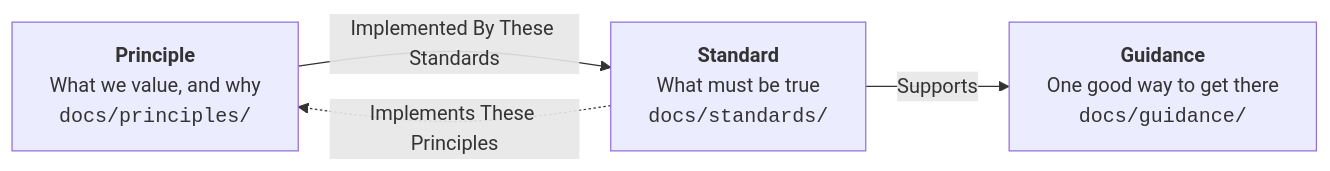
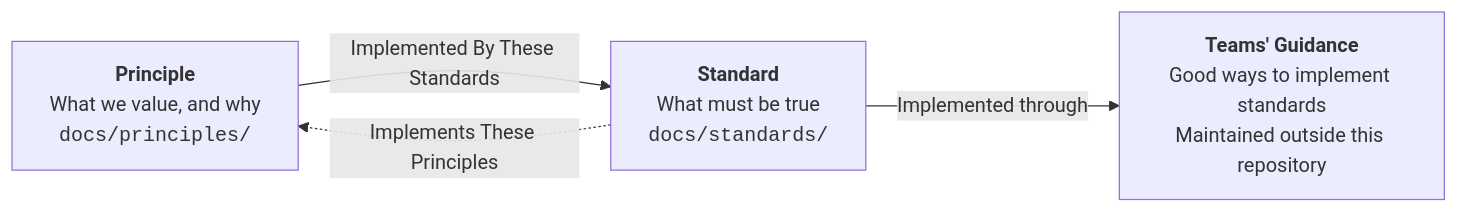
One commit to tewhatuora/dap-engineering-standards changed the diagram in README.md. Above: the diagram before and after it, drawn with Mermaid. The commit also changed other lines of this file and 5 other files, not shown here.

````diff
--- a/README.md
+++ b/README.md
@@ -13,9 +13,9 @@
 ```mermaid
 flowchart LR
     P["<b>Principle</b><br/>What we value, and why<br/><code>docs/principles/</code>"]
     S["<b>Standard</b><br/>What must be true<br/><code>docs/standards/</code>"]
-    G["<b>Guidance</b><br/>One good way to get there<br/><code>docs/guidance/</code>"]
+    G["<b>Teams' Guidance</b><br/>Good ways to implement standards<br/>Maintained outside this repository"]
     P -->|"Implemented By These Standards"| S
-    S -->|"Supports"| G
+    S -->|"Implemented through"| G
     S -.->|"Implements These Principles"| P
 ```
````
